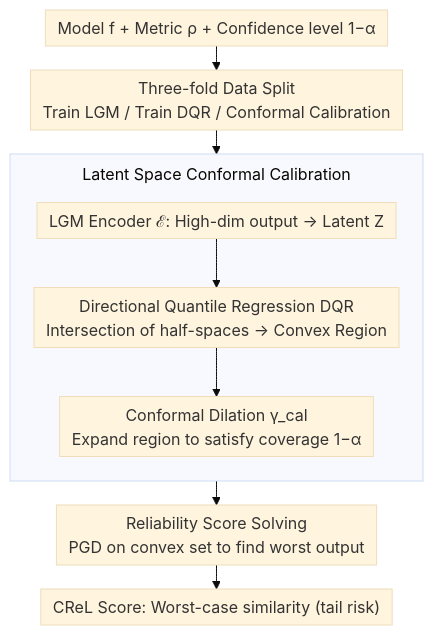
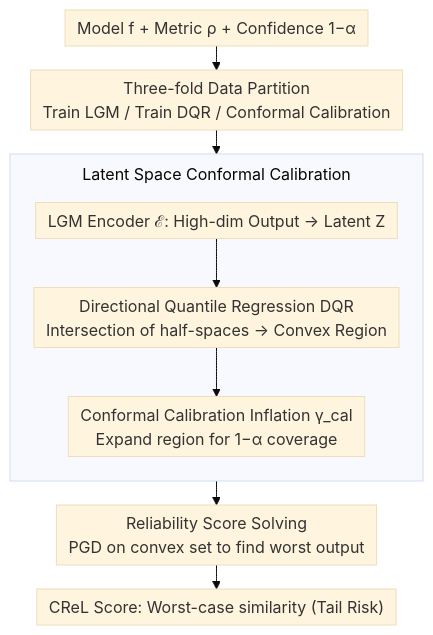
Before and after one commit to zhaoyang97/Paper-Notes-en: the diagram in docs/ICML2026/image_generation/conformal_reliability_a_new_evaluation_metric_for_conditional_generation.md, drawn with Mermaid (base theme). The commit also changed other lines of this file and 5084 other files, not shown here.

````diff
--- a/docs/ICML2026/image_generation/conformal_reliability_a_new_evaluation_metric_for_conditional_generation.md
+++ b/docs/ICML2026/image_generation/conformal_reliability_a_new_evaluation_metric_for_conditional_generation.md
@@ -42,13 +42,13 @@
 ```mermaid
 %%{init: {'flowchart': {'rankSpacing': 24, 'nodeSpacing': 28, 'padding': 6, 'wrappingWidth': 400, 'subGraphTitleMargin': {'top': 8, 'bottom': 16}}}}%%
 flowchart TD
-    IN["Model f + Metric ρ + Confidence level 1−α"] --> SP["Three-fold Data Split<br/>Train LGM / Train DQR / Conformal Calibration"]
+    IN["Model f + Metric ρ + Confidence 1−α"] --> SP["Three-fold Data Partition<br/>Train LGM / Train DQR / Conformal Calibration"]
     subgraph CAL["Latent Space Conformal Calibration"]
         direction TB
-        ENC["LGM Encoder ℰ: High-dim output → Latent Z"] --> DQR["Directional Quantile Regression DQR<br/>Intersection of half-spaces → Convex Region"]
-        DQR --> CON["Conformal Dilation γ_cal<br/>Expand region to satisfy coverage 1−α"]
+        ENC["LGM Encoder ℰ: High-dim Output → Latent Z"] --> DQR["Directional Quantile Regression DQR<br/>Intersection of half-spaces → Convex Region"]
+        DQR --> CON["Conformal Calibration Inflation γ_cal<br/>Expand region for 1−α coverage"]
     end
     SP --> ENC
     CON --> PGD["Reliability Score Solving<br/>PGD on convex set to find worst output"]
-    PGD --> OUT["CReL Score: Worst-case similarity (tail risk)"]
+    PGD --> OUT["CReL Score: Worst-case similarity (Tail Risk)"]
 ```
````
